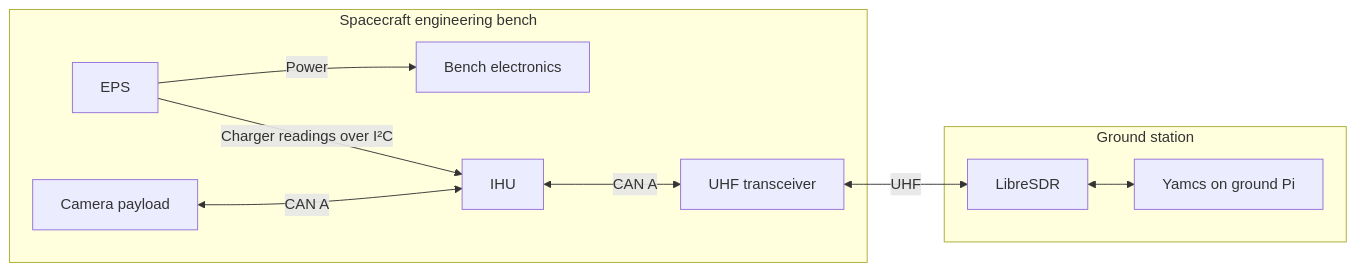
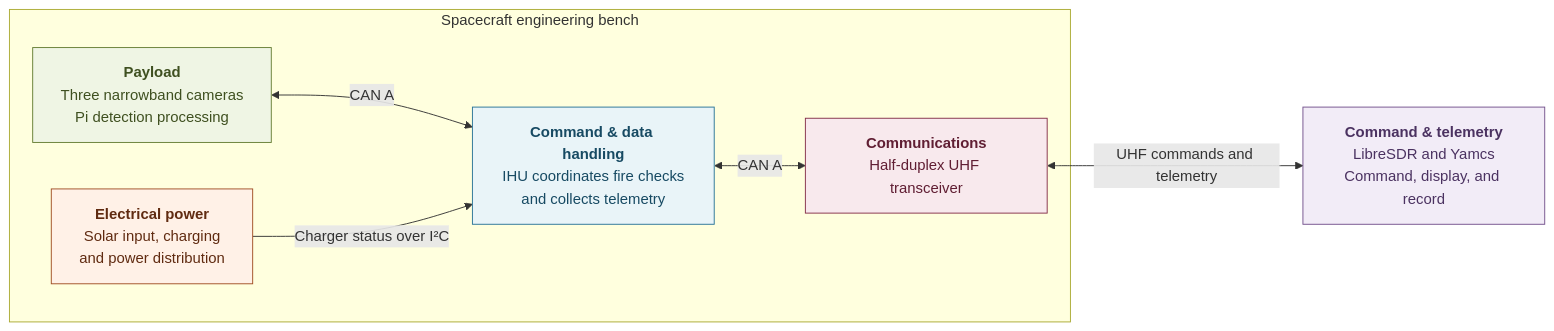
The diagram in README.md (ngrabbs/ember), drawn with Mermaid before and after one commit. The commit also changed other lines of this file, not shown here.

Commit message:
Use the PDR subsystem layout in the root README

````diff
--- a/README.md
+++ b/README.md
@@ -10,13 +10,25 @@
 ```mermaid
 flowchart LR
     subgraph Bench["Spacecraft engineering bench"]
-        EPS["EPS"] -->|Power| Stack["Bench electronics"]
-        EPS -->|Charger readings over I²C| IHU["IHU"]
-        Payload["Camera payload"] <-->|CAN A| IHU
-        IHU <-->|CAN A| Radio["UHF transceiver"]
+        Payload["<b>Payload</b><br/>Three narrowband cameras<br/>Pi detection processing"]
+        EPS["<b>Electrical power</b><br/>Solar input, charging<br/>and power distribution"]
+        IHU["<b>Command & data handling</b><br/>IHU coordinates fire checks<br/>and collects telemetry"]
+        COMMS["<b>Communications</b><br/>Half-duplex UHF transceiver"]
+        Payload <-->|CAN A| IHU
+        EPS -->|Charger status over I²C| IHU
+        IHU <-->|CAN A| COMMS
     end
-    subgraph Ground["Ground station"]
-        SDR["LibreSDR"] <--> Yamcs["Yamcs on ground Pi"]
-    end
-    Radio <-->|UHF| SDR
+    Ground["<b>Command & telemetry</b><br/>LibreSDR and Yamcs<br/>Command, display, and record"]
+    COMMS <-->|UHF commands and telemetry| Ground
+
+    classDef power fill:#fff1e7,stroke:#a04e24,color:#602b11
+    classDef control fill:#e9f4f8,stroke:#287397,color:#174a63
+    classDef payload fill:#eff5e4,stroke:#657d33,color:#3f5020
+    classDef radio fill:#f8e9ed,stroke:#842e48,color:#601e33
+    classDef ground fill:#f2ecf7,stroke:#73518c,color:#4b3261
+    class EPS power
+    class IHU control
+    class Payload payload
+    class COMMS radio
+    class Ground ground
 ```
````
